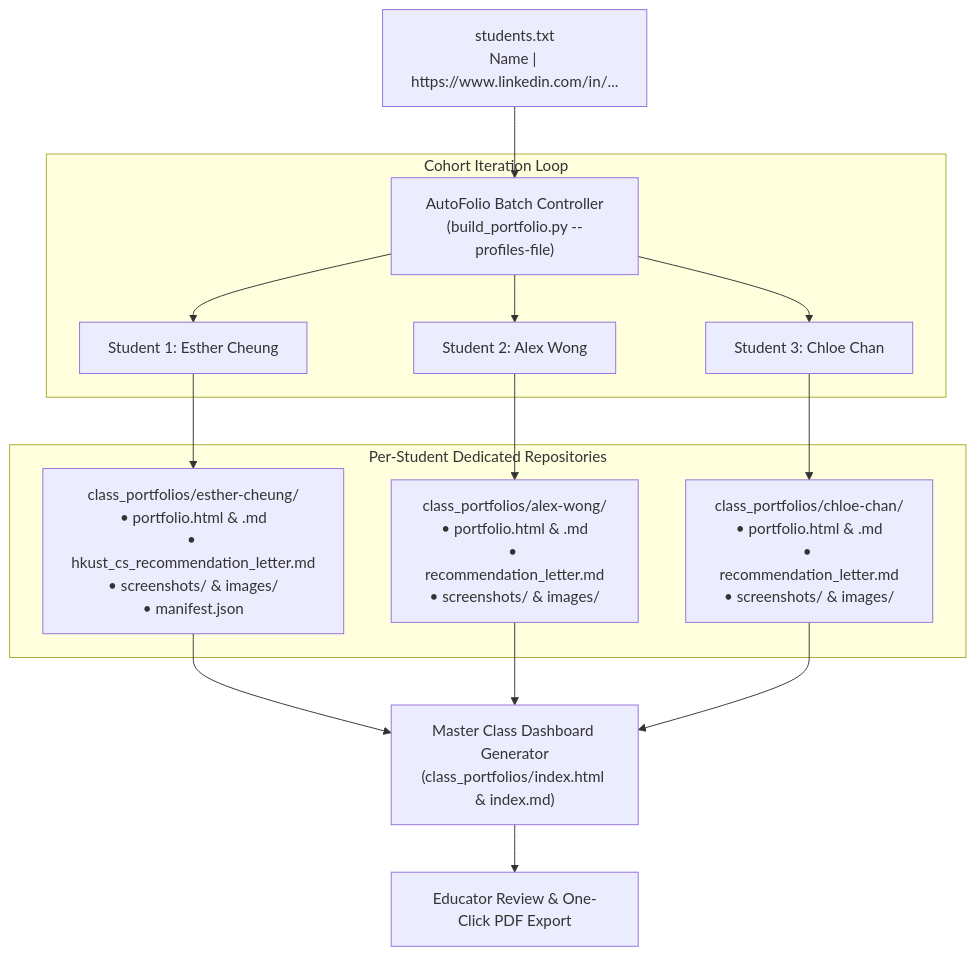
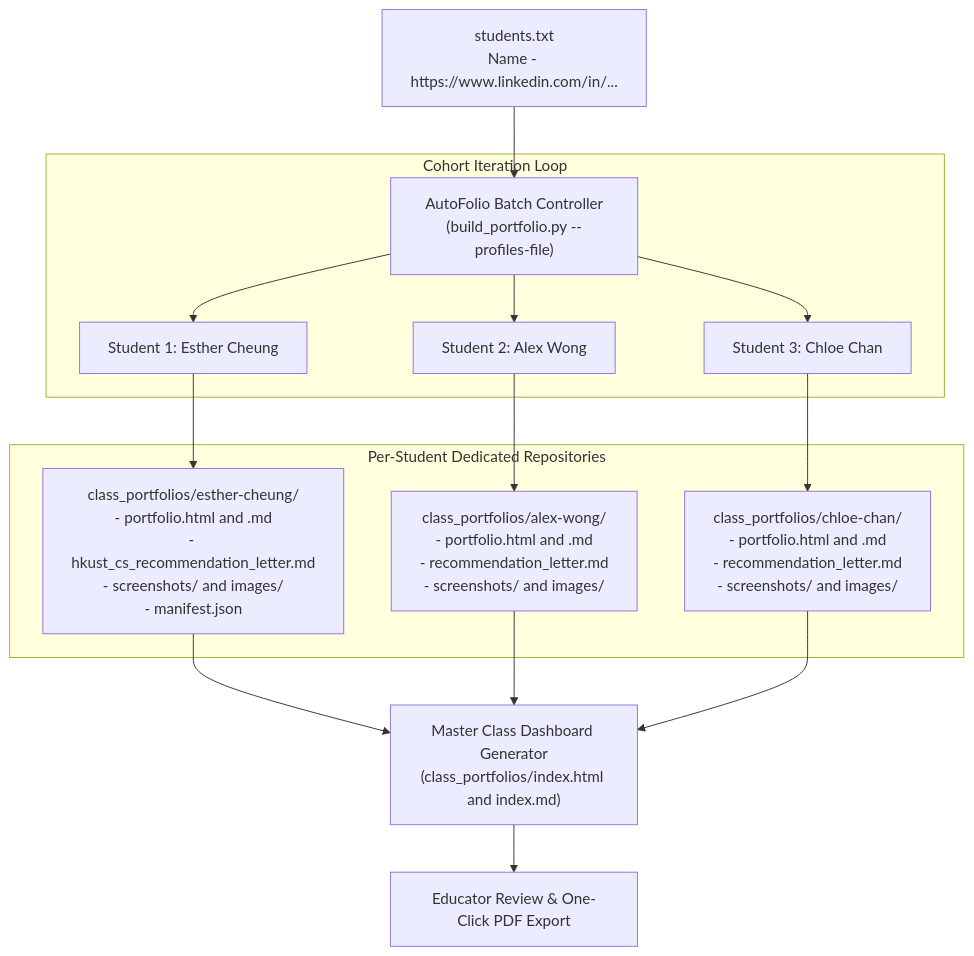
One commit to wongcyrus/gemini-computer-use-linkedin-autofolio changed the sixth of 6 diagrams in DEVTO_BLOG_POST.md. Above: the diagram before and after it, drawn with Mermaid. The commit also changed other lines of this file, not shown here.

Commit message:
fix(mermaid): quote edge labels with parentheses and sanitize node syntax for GitHub and dev.to compatibility

````diff
--- a/DEVTO_BLOG_POST.md
+++ b/DEVTO_BLOG_POST.md
@@ -371,21 +371,21 @@
 ```mermaid
 flowchart TD
-    INPUT["students.txt\nName | https://www.linkedin.com/in/..."] --> BATCH["AutoFolio Batch Controller\n(build_portfolio.py --profiles-file)"]
+    INPUT["students.txt\nName - https://www.linkedin.com/in/..."] --> BATCH["AutoFolio Batch Controller\n(build_portfolio.py --profiles-file)"]
     
     subgraph CohortLoop["Cohort Iteration Loop"]
         BATCH --> P1["Student 1: Esther Cheung"]
         BATCH --> P2["Student 2: Alex Wong"]
         BATCH --> P3["Student 3: Chloe Chan"]
     end
 
     subgraph PerStudentArtifacts["Per-Student Dedicated Repositories"]
-        P1 --> D1["class_portfolios/esther-cheung/\n• portfolio.html & .md\n• hkust_cs_recommendation_letter.md\n• screenshots/ & images/\n• manifest.json"]
-        P2 --> D2["class_portfolios/alex-wong/\n• portfolio.html & .md\n• recommendation_letter.md\n• screenshots/ & images/"]
-        P3 --> D3["class_portfolios/chloe-chan/\n• portfolio.html & .md\n• recommendation_letter.md\n• screenshots/ & images/"]
+        P1 --> D1["class_portfolios/esther-cheung/\n- portfolio.html and .md\n- hkust_cs_recommendation_letter.md\n- screenshots/ and images/\n- manifest.json"]
+        P2 --> D2["class_portfolios/alex-wong/\n- portfolio.html and .md\n- recommendation_letter.md\n- screenshots/ and images/"]
+        P3 --> D3["class_portfolios/chloe-chan/\n- portfolio.html and .md\n- recommendation_letter.md\n- screenshots/ and images/"]
     end
 
-    D1 --> DASH["Master Class Dashboard Generator\n(class_portfolios/index.html & index.md)"]
+    D1 --> DASH["Master Class Dashboard Generator\n(class_portfolios/index.html and index.md)"]
     D2 --> DASH
     D3 --> DASH
     DASH --> VIEW["Educator Review & One-Click PDF Export"]
 ```
````
